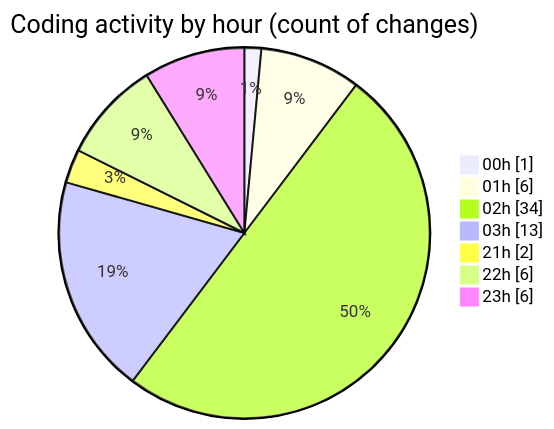
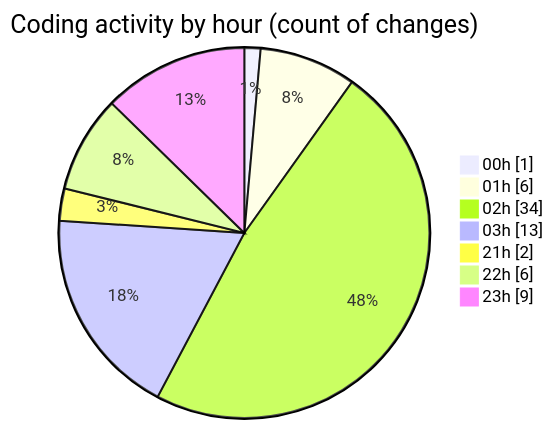
Before and after one commit to julien-gomy/code-tracking: the second of 2 diagrams in 2025-11-22/eventscop-frontend-guide__workspace_/README.md, drawn with Mermaid. The commit also changed other lines of this file and 1 other file, not shown here.

````diff
--- a/2025-11-22/eventscop-frontend-guide__workspace_/README.md
+++ b/2025-11-22/eventscop-frontend-guide__workspace_/README.md
@@ -54,11 +55,11 @@
 ```mermaid
 pie showData
 title Coding activity by hour (count of changes)
 "00h" : 1
 "01h" : 6
 "02h" : 34
 "03h" : 13
 "21h" : 2
 "22h" : 6
-"23h" : 6
+"23h" : 9
 ```
````
